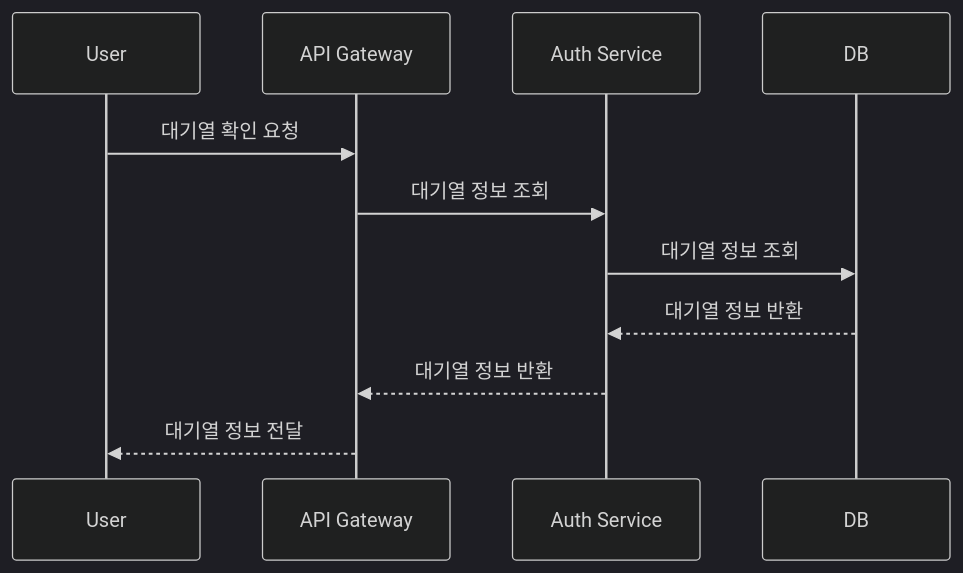
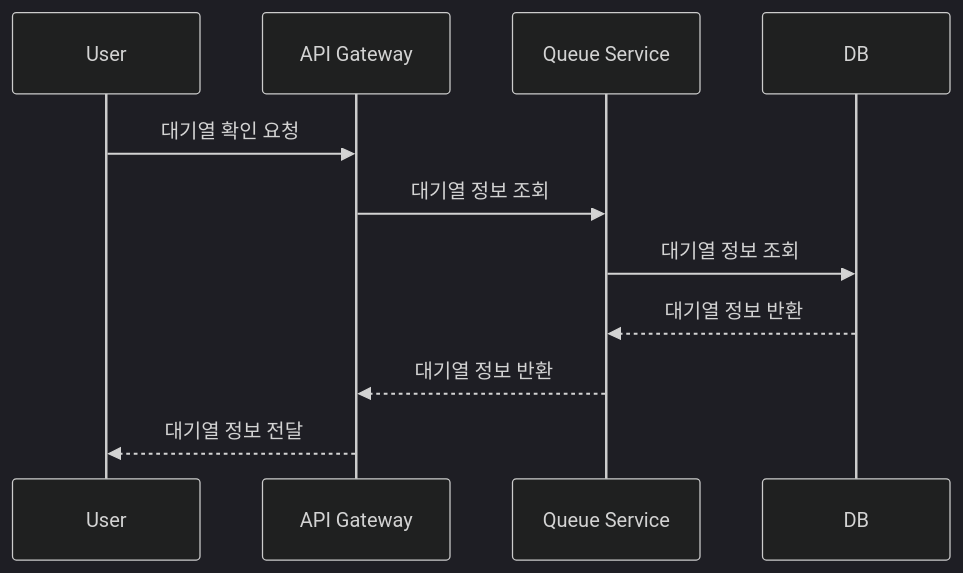
Before and after one commit to ghwoo93/hhplus-concert-3week: the eighth of 9 diagrams in README.md, drawn with Mermaid (dark theme). The commit also changed other lines of this file, not shown here.

````diff
--- a/README.md
+++ b/README.md
@@ -435,15 +439,14 @@
 ```mermaid
 sequenceDiagram
     participant User
     participant API Gateway
-    participant Auth Service
+    participant Queue Service
     participant DB
 
     User->>API Gateway: 대기열 확인 요청
-    API Gateway->>Auth Service: 대기열 정보 조회
-    Auth Service->>DB: 대기열 정보 조회
-    DB-->>Auth Service: 대기열 정보 반환
-    Auth Service-->>API Gateway: 대기열 정보 반환
+    API Gateway->>Queue Service: 대기열 정보 조회
+    Queue Service->>DB: 대기열 정보 조회
+    DB-->>Queue Service: 대기열 정보 반환
+    Queue Service-->>API Gateway: 대기열 정보 반환
     API Gateway-->>User: 대기열 정보 전달
-
 ```
````
